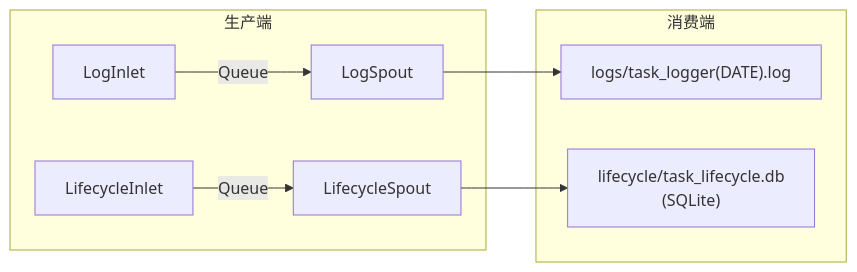
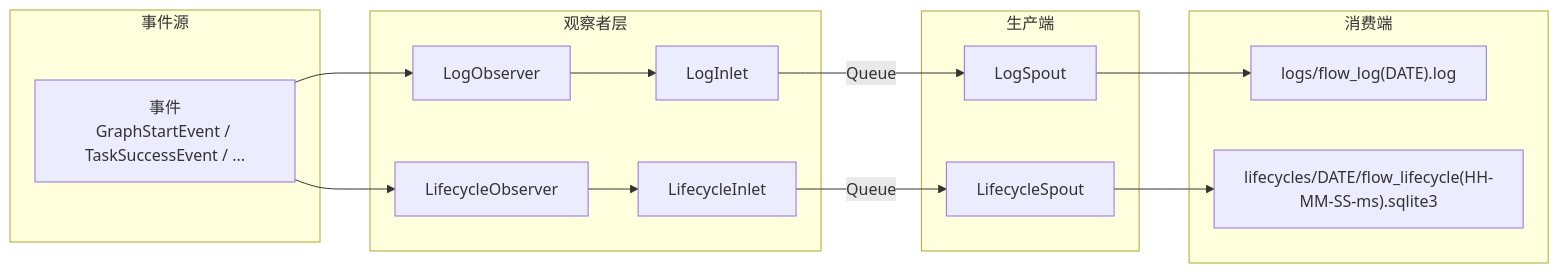
One commit to Mr-xiaotian/CelestialFlow changed the sixth of 9 diagrams in docs/zh-CN/presentation.md. Above: the diagram before and after it, drawn with Mermaid. The commit also changed other lines of this file and 86 other files, not shown here.

````diff
--- a/docs/zh-CN/presentation.md
+++ b/docs/zh-CN/presentation.md
@@ -321,12 +321,24 @@
 ```mermaid
 graph LR
+    subgraph 事件源
+        E["事件<br/>GraphStartEvent / TaskSuccessEvent / ..."]
+    end
+
+    subgraph 观察者层
+        S1[LogObserver] --> A[LogInlet]
+        S2[LifecycleObserver] --> C[LifecycleInlet]
+    end
+
     subgraph 生产端
-        A[LogInlet] -->|Queue| B[LogSpout]
-        C[LifecycleInlet] -->|Queue| D[LifecycleSpout]
+        A -->|Queue| B[LogSpout]
+        C -->|Queue| D[LifecycleSpout]
     end
 
     subgraph 消费端
-        B --> E["logs/task_logger(DATE).log"]
-        D --> F["lifecycle/task_lifecycle.db<br/>(SQLite)"]
+        B --> E2["logs/flow_log(DATE).log"]
+        D --> F["lifecycles/DATE/flow_lifecycle(HH-MM-SS-ms).sqlite3"]
     end
+
+    E --> S1
+    E --> S2
 ```
````
